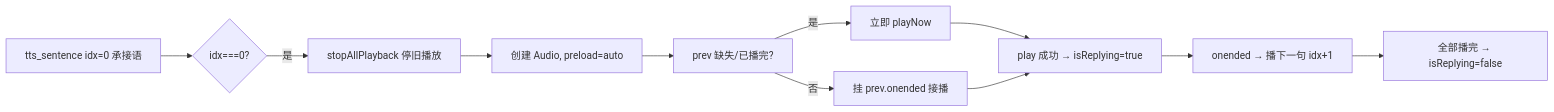
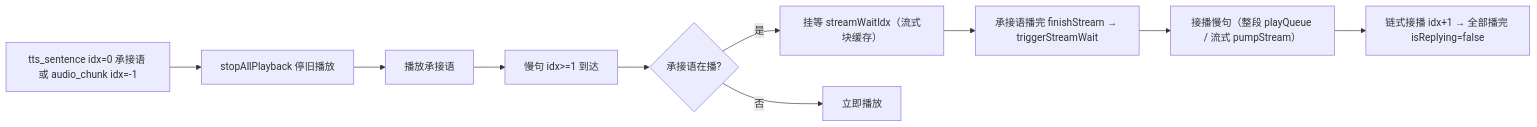
Before and after one commit to Xudream/duplex-voice: the second of 2 diagrams in docs/软件设计.md, drawn with Mermaid. The commit also changed other lines of this file, not shown here.

````diff
--- a/docs/软件设计.md
+++ b/docs/软件设计.md
@@ -203,12 +215,12 @@
 ```mermaid
 flowchart LR
-    A[tts_sentence idx=0 承接语] --> B{idx===0?}
-    B -- 是 --> C[stopAllPlayback 停旧播放]
-    C --> D[创建 Audio, preload=auto]
-    D --> E[prev 缺失/已播完?]
-    E -- 是 --> F[立即 playNow]
-    E -- 否 --> G[挂 prev.onended 接播]
-    F & G --> H[play 成功 → isReplying=true]
-    H --> I[onended → 播下一句 idx+1]
-    I --> J[全部播完 → isReplying=false]
+    A[tts_sentence idx=0 承接语 或 audio_chunk idx=-1] --> B[stopAllPlayback 停旧播放]
+    B --> C[播放承接语]
+    C --> D[慢句 idx>=1 到达]
+    D --> E{承接语在播?}
+    E -- 是 --> F[挂等 streamWaitIdx（流式块缓存）]
+    E -- 否 --> G[立即播放]
+    F --> H[承接语播完 finishStream → triggerStreamWait]
+    H --> I[接播慢句（整段 playQueue / 流式 pumpStream）]
+    I --> J[链式接播 idx+1 → 全部播完 isReplying=false]
 ```
````
